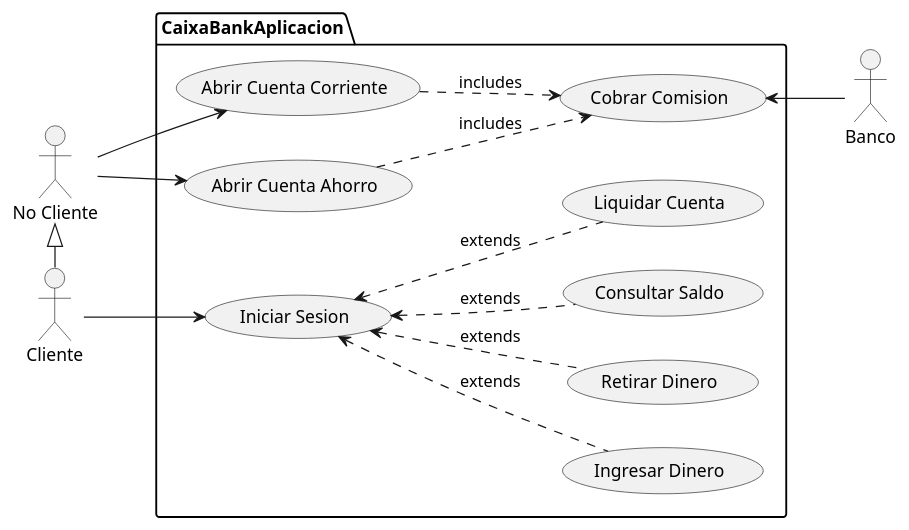
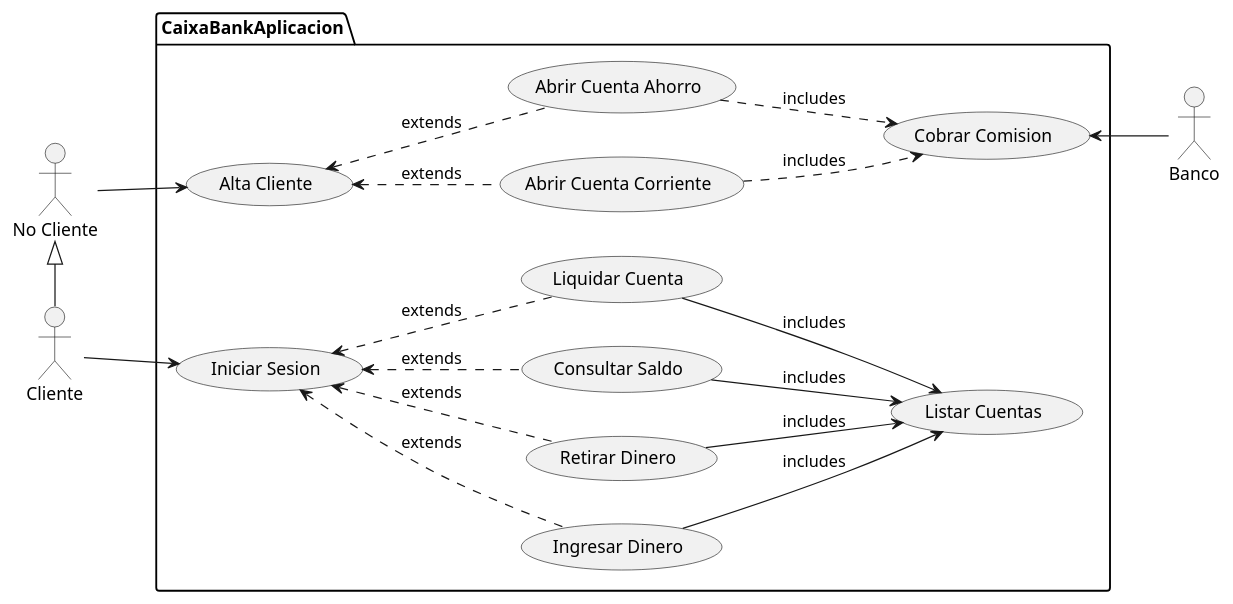
The diagram in src/main/kotlin/uml/DiagramaCU.puml (MaxDronCode/LadronesLegales), drawn with PlantUML before and after one commit. The commit also changed 4 other files, not shown here.

```diff
--- a/src/main/kotlin/uml/DiagramaCU.puml
+++ b/src/main/kotlin/uml/DiagramaCU.puml
@@ -1,34 +1,42 @@
 @startuml
 'https://plantuml.com/use-case-diagram
 
 left to right direction
 package CaixaBankAplicacion {
+usecase "Alta Cliente" as a.c
 usecase "Abrir Cuenta Corriente" as a.c.c
 usecase "Cobrar Comision" as c.c
 usecase "Abrir Cuenta Ahorro" as a.c.a
 usecase "Ingresar Dinero" as i.d
 usecase "Retirar Dinero" as r.d
 usecase "Consultar Saldo" as c.s
 usecase "Liquidar Cuenta" as l.c
 usecase "Iniciar Sesion" as i.s
+usecase "Listar Cuentas" as li.c
 }
 :Cliente: as c
 :No Cliente: as n.c
 :Banco: as b
 
 n.c <|-right- c
 
-n.c -down-> a.c.c
-n.c -down-> a.c.a
+n.c -down-> a.c
+(a.c.c) .up.> a.c : extends
+(a.c.a) .up.> a.c : extends
 c -down-> i.s
 (i.d) .up.> (i.s) : extends
 (r.d) .up.> (i.s) : extends
 (c.s) .up.> (i.s) : extends
 (l.c) .up.> (i.s) : extends
 b -up-> c.c
 
+(l.c) -down-> li.c : includes
+(c.s) -down-> li.c : includes
+(r.d) -down-> li.c : includes
+(i.d) -down-> li.c : includes
+
 
 (a.c.c) ..> (c.c) : includes
 (a.c.a) ..> (c.c) : includes
 
 @enduml
```
